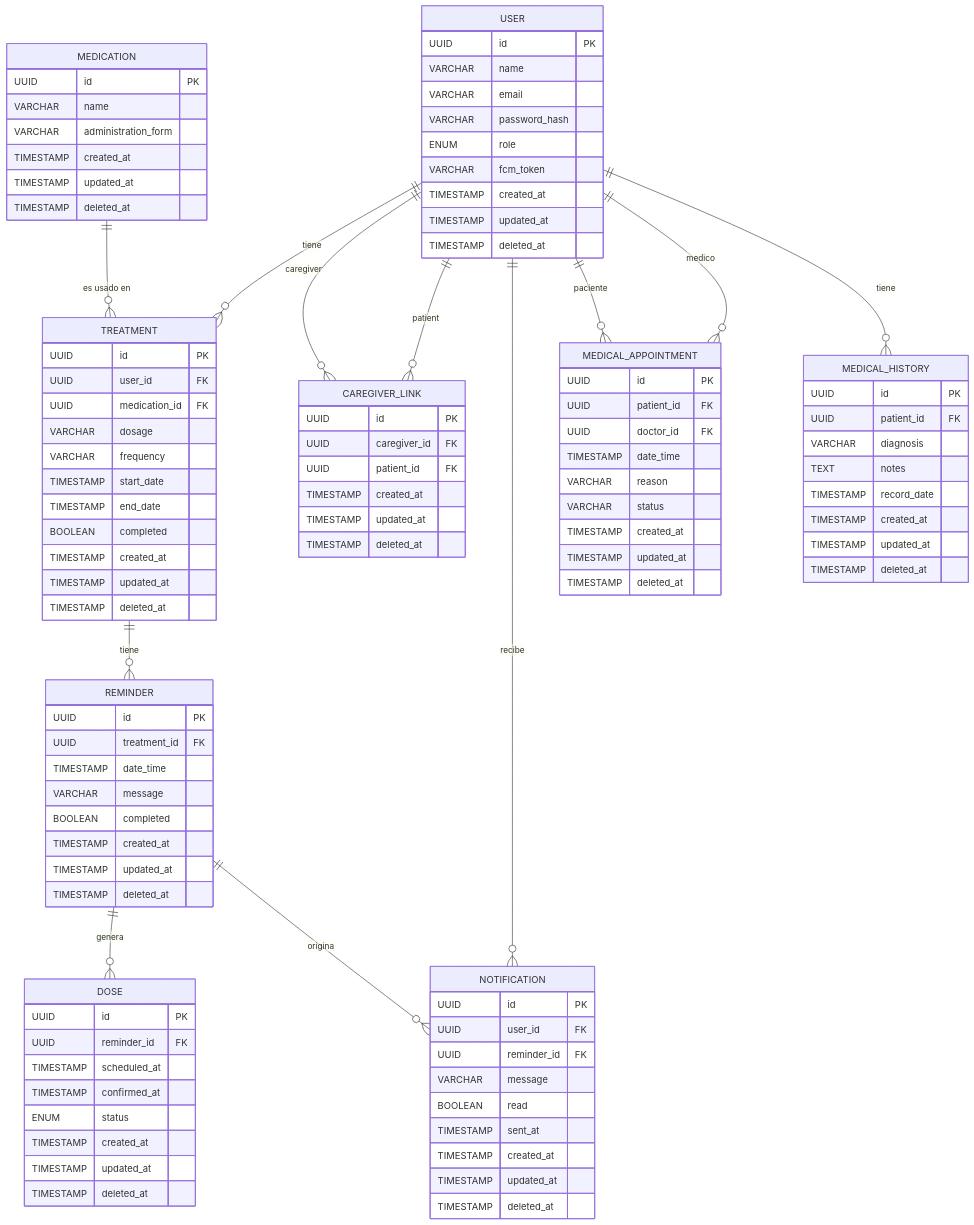
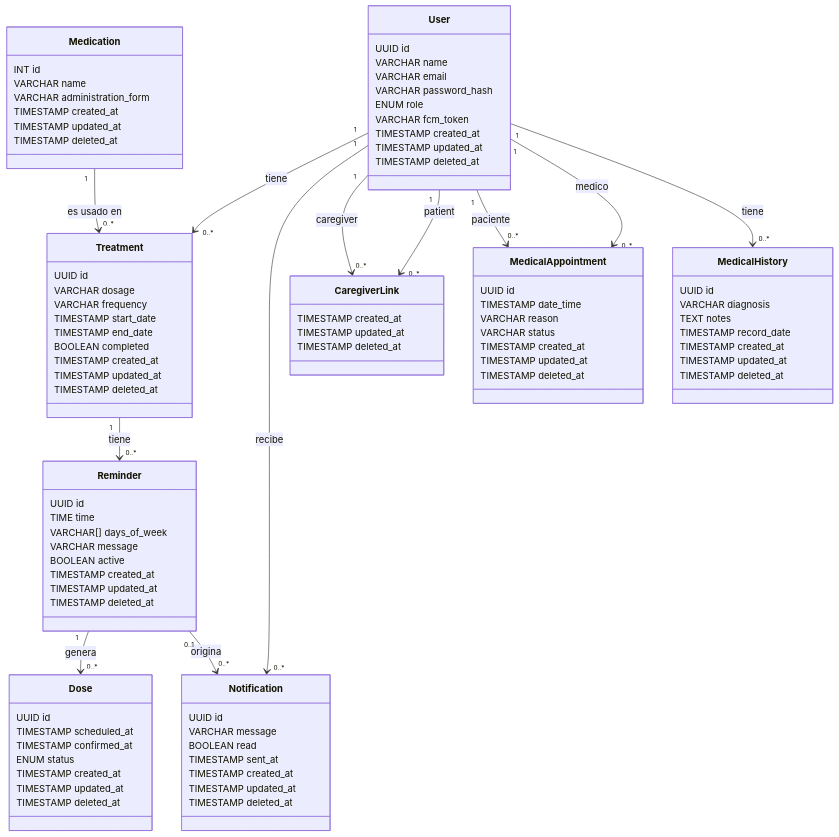
Before and after one commit to MarEluneyGomez/MedTracker: the diagram in database/er-diagram.md, drawn with Mermaid. The commit also changed other lines of this file and 3 other files, not shown here.

First line of the commit message:
fix: address tutor feedback on data model and ER diagram

````diff
--- a/database/er-diagram.md
+++ b/database/er-diagram.md
@@ -5,19 +5,7 @@
 ```mermaid
-erDiagram
-    USER ||--o{ TREATMENT : "tiene"
-    USER ||--o{ CAREGIVER_LINK : "caregiver"
-    USER ||--o{ CAREGIVER_LINK : "patient"
-    USER ||--o{ NOTIFICATION : "recibe"
-    USER ||--o{ MEDICAL_APPOINTMENT : "paciente"
-    USER ||--o{ MEDICAL_APPOINTMENT : "medico"
-    USER ||--o{ MEDICAL_HISTORY : "tiene"
-    MEDICATION ||--o{ TREATMENT : "es usado en"
-    TREATMENT ||--o{ REMINDER : "tiene"
-    REMINDER ||--o{ DOSE : "genera"
-    REMINDER ||--o{ NOTIFICATION : "origina"
-
-    USER {
-        UUID id PK
+classDiagram
+    class User {
+        UUID id
         VARCHAR name
         VARCHAR email
         VARCHAR password_hash
@@ -28,8 +16,8 @@
         TIMESTAMP deleted_at
     }
 
-    MEDICATION {
-        UUID id PK
+    class Medication {
+        INT id
         VARCHAR name
         VARCHAR administration_form
         TIMESTAMP created_at
@@ -37,10 +25,8 @@
         TIMESTAMP deleted_at
     }
 
-    TREATMENT {
-        UUID id PK
-        UUID user_id FK
-        UUID medication_id FK
+    class Treatment {
+        UUID id
         VARCHAR dosage
         VARCHAR frequency
         TIMESTAMP start_date
@@ -51,20 +37,19 @@
         TIMESTAMP deleted_at
     }
 
-    REMINDER {
-        UUID id PK
-        UUID treatment_id FK
-        TIMESTAMP date_time
+    class Reminder {
+        UUID id
+        TIME time
+        VARCHAR[] days_of_week
         VARCHAR message
-        BOOLEAN completed
+        BOOLEAN active
         TIMESTAMP created_at
         TIMESTAMP updated_at
         TIMESTAMP deleted_at
     }
 
-    DOSE {
-        UUID id PK
-        UUID reminder_id FK
+    class Dose {
+        UUID id
         TIMESTAMP scheduled_at
         TIMESTAMP confirmed_at
         ENUM status
@@ -73,10 +58,8 @@
         TIMESTAMP deleted_at
     }
 
-    NOTIFICATION {
-        UUID id PK
-        UUID user_id FK
-        UUID reminder_id FK
+    class Notification {
+        UUID id
         VARCHAR message
         BOOLEAN read
         TIMESTAMP sent_at
@@ -85,19 +68,14 @@
         TIMESTAMP deleted_at
     }
 
-    CAREGIVER_LINK {
-        UUID id PK
-        UUID caregiver_id FK
-        UUID patient_id FK
+    class CaregiverLink {
         TIMESTAMP created_at
         TIMESTAMP updated_at
         TIMESTAMP deleted_at
     }
 
-    MEDICAL_APPOINTMENT {
-        UUID id PK
-        UUID patient_id FK
-        UUID doctor_id FK
+    class MedicalAppointment {
+        UUID id
         TIMESTAMP date_time
         VARCHAR reason
         VARCHAR status
@@ -106,9 +84,8 @@
         TIMESTAMP deleted_at
     }
 
-    MEDICAL_HISTORY {
-        UUID id PK
-        UUID patient_id FK
+    class MedicalHistory {
+        UUID id
         VARCHAR diagnosis
         TEXT notes
         TIMESTAMP record_date
@@ -116,4 +93,18 @@
         TIMESTAMP updated_at
         TIMESTAMP deleted_at
     }
+
+    User "1" --> "0..*" Treatment : tiene
+    User "1" --> "0..*" Notification : recibe
+    Medication "1" --> "0..*" Treatment : es usado en
+    Treatment "1" --> "0..*" Reminder : tiene
+    Reminder "1" --> "0..*" Dose : genera
+    Reminder "0..1" --> "0..*" Notification : origina
+
+    User "1" --> "0..*" CaregiverLink : caregiver
+    User "1" --> "0..*" CaregiverLink : patient
+
+    User "1" --> "0..*" MedicalAppointment : paciente
+    User "1" --> "0..*" MedicalAppointment : medico
+    User "1" --> "0..*" MedicalHistory : tiene
 ```
````
